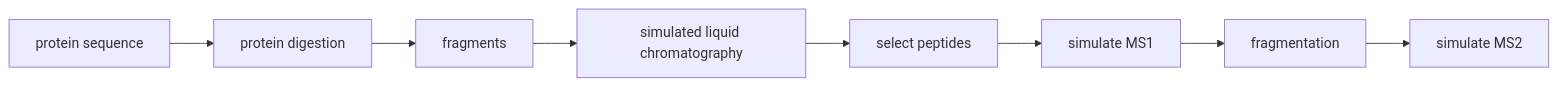
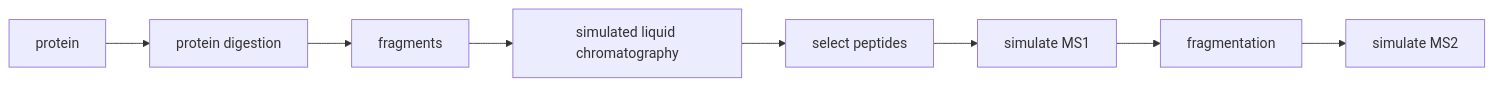
One commit to LauraSeeling/proteosim changed the diagram in README.md. Above: the diagram before and after it, drawn with Mermaid. The commit also changed other lines of this file and 1 other file, not shown here.

Commit message:
initialize pyproject.toml

````diff
--- a/README.md
+++ b/README.md
@@ -6,10 +6,10 @@
 ```mermaid
 flowchart LR
-    A[protein sequence] --> B[protein digestion]
+    A[protein] --> B[protein digestion]
     B --> C[fragments]
     C --> D[simulated liquid chromatography]
     D --> E[select peptides]
     E --> F[simulate MS1]
     F --> G[fragmentation]
     G --> H[simulate MS2]
 ```
````
